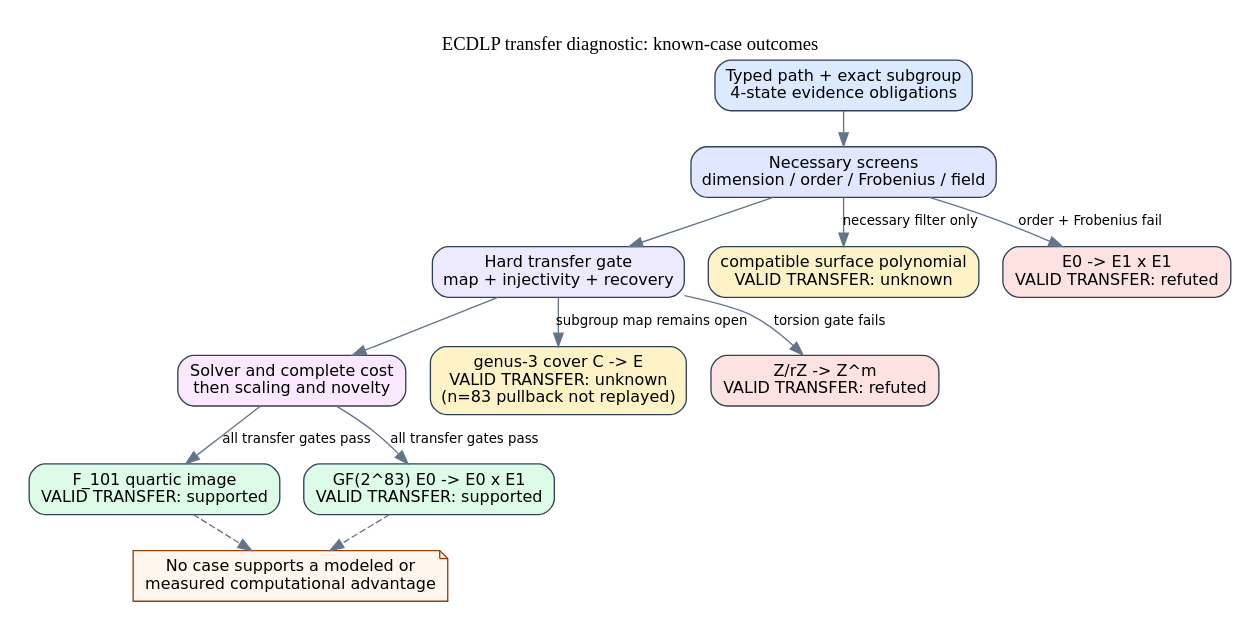
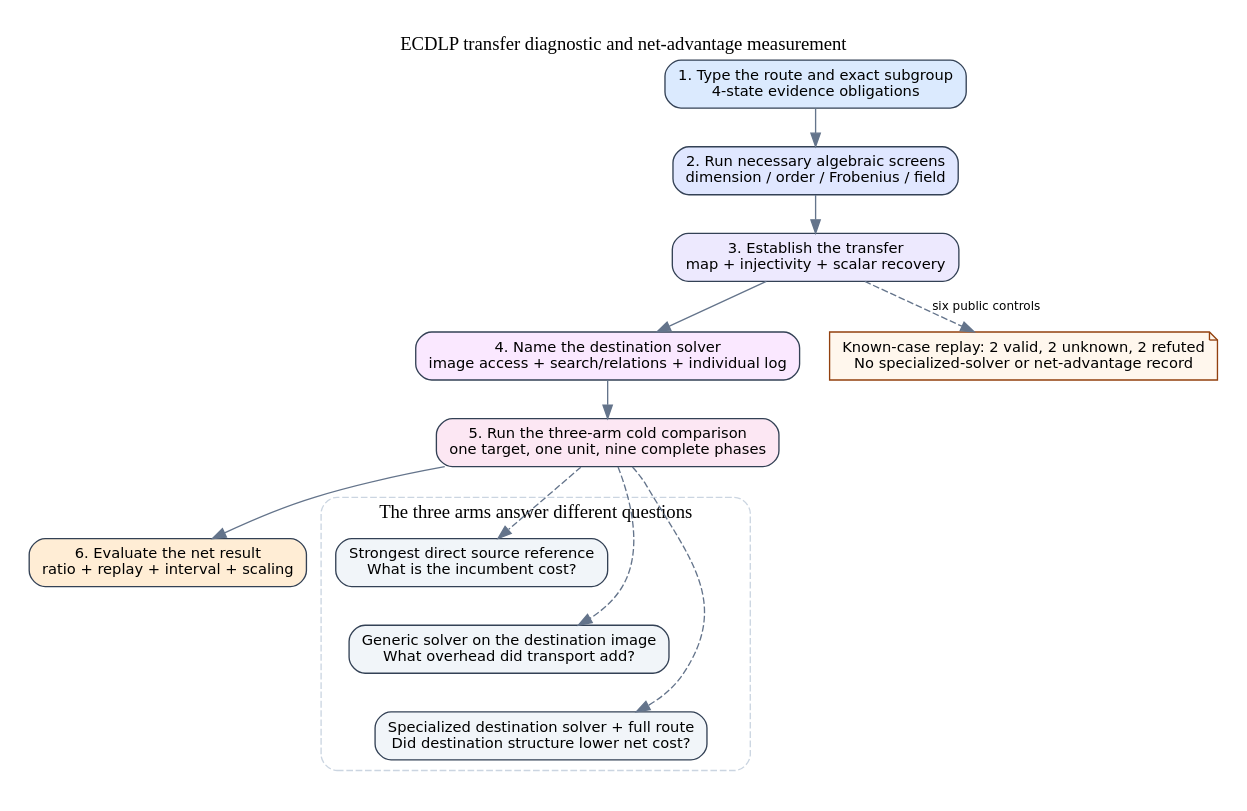
The diagram in research/transfer-methodology-validation-20261013/validation-flow.dot (aburan28/crypto), drawn with Graphviz before and after one commit. The commit also changed 20 other files, not shown here.

Commit message:
Add solver-aware transfer advantage measurement

```diff
--- a/research/transfer-methodology-validation-20261013/validation-flow.dot
+++ b/research/transfer-methodology-validation-20261013/validation-flow.dot
@@ -1,33 +1,33 @@
 digraph transfer_validation {
-  graph [rankdir=TB, bgcolor="white", pad="0.2", nodesep="0.25", ranksep="0.35",
-         labelloc="t", fontsize=14, label="ECDLP transfer diagnostic: known-case outcomes"];
-  node [shape=box, style="rounded,filled", fontname="DejaVu Sans", fontsize=12,
+  graph [rankdir=TB, bgcolor="white", pad="0.2", nodesep="0.30", ranksep="0.38",
+         labelloc="t", fontsize=14, label="ECDLP transfer diagnostic and net-advantage measurement"];
+  node [shape=box, style="rounded,filled", fontname="DejaVu Sans", fontsize=11,
         color="#334155", fillcolor="#f8fafc", margin="0.12,0.08"];
-  edge [fontname="DejaVu Sans", fontsize=10, color="#64748b"];
+  edge [fontname="DejaVu Sans", fontsize=9, color="#64748b"];
 
-  methodology [label="Typed path + exact subgroup\n4-state evidence obligations", fillcolor="#dbeafe"];
-  screens [label="Necessary screens\ndimension / order / Frobenius / field", fillcolor="#e0e7ff"];
-  transfer [label="Hard transfer gate\nmap + injectivity + recovery", fillcolor="#ede9fe"];
-  solver [label="Solver and complete cost\nthen scaling and novelty", fillcolor="#fae8ff"];
+  methodology [label="1. Type the route and exact subgroup\n4-state evidence obligations", fillcolor="#dbeafe"];
+  screens [label="2. Run necessary algebraic screens\ndimension / order / Frobenius / field", fillcolor="#e0e7ff"];
+  transfer [label="3. Establish the transfer\nmap + injectivity + scalar recovery", fillcolor="#ede9fe"];
+  solver [label="4. Name the destination solver\nimage access + search/relations + individual log", fillcolor="#fae8ff"];
+  measurement [label="5. Run the three-arm cold comparison\none target, one unit, nine complete phases", fillcolor="#fce7f3"];
+  verdict [label="6. Evaluate the net result\nratio + replay + interval + scaling", fillcolor="#ffedd5"];
 
-  methodology -> screens -> transfer -> solver;
+  methodology -> screens -> transfer -> solver -> measurement -> verdict;
 
-  small [label="F_101 quartic image\nVALID TRANSFER: supported", fillcolor="#dcfce7"];
-  mixed [label="GF(2^83) E0 -> E0 x E1\nVALID TRANSFER: supported", fillcolor="#dcfce7"];
-  frob [label="compatible surface polynomial\nVALID TRANSFER: unknown", fillcolor="#fef3c7"];
-  cover [label="genus-3 cover C -> E\nVALID TRANSFER: unknown\n(n=83 pullback not replayed)", fillcolor="#fef3c7"];
-  opposite [label="E0 -> E1 x E1\nVALID TRANSFER: refuted", fillcolor="#fee2e2"];
-  lattice [label="Z/rZ -> Z^m\nVALID TRANSFER: refuted", fillcolor="#fee2e2"];
+  subgraph cluster_arms {
+    label="The three arms answer different questions";
+    color="#cbd5e1";
+    style="rounded,dashed";
+    source [label="Strongest direct source reference\nWhat is the incumbent cost?", fillcolor="#f1f5f9"];
+    generic [label="Generic solver on the destination image\nWhat overhead did transport add?", fillcolor="#f1f5f9"];
+    candidate [label="Specialized destination solver + full route\nDid destination structure lower net cost?", fillcolor="#f1f5f9"];
+    source -> generic -> candidate [style=invis];
+  }
+  measurement -> source [style=dashed];
+  measurement -> generic [style=dashed];
+  measurement -> candidate [style=dashed];
 
-  solver -> small [label="all transfer gates pass"];
-  solver -> mixed [label="all transfer gates pass"];
-  screens -> frob [label="necessary filter only"];
-  transfer -> cover [label="subgroup map remains open"];
-  screens -> opposite [label="order + Frobenius fail"];
-  transfer -> lattice [label="torsion gate fails"];
-
-  advantage [label="No case supports a modeled or\nmeasured computational advantage", shape=note,
+  advantage [label="Known-case replay: 2 valid, 2 unknown, 2 refuted\nNo specialized-solver or net-advantage record", shape=note,
              color="#92400e", fillcolor="#fff7ed"];
-  small -> advantage [style=dashed];
-  mixed -> advantage [style=dashed];
+  transfer -> advantage [style=dashed, label="six public controls"];
 }
```
